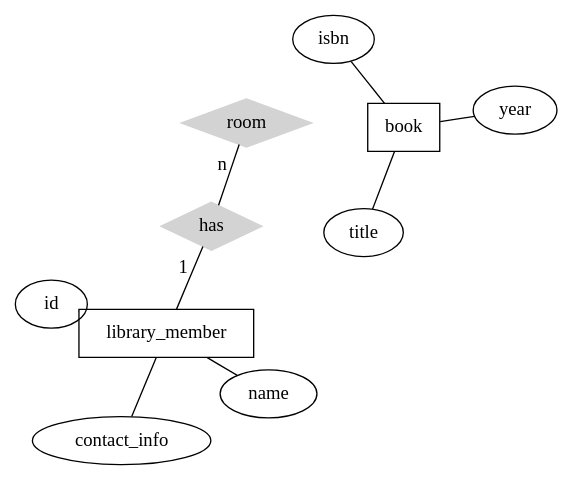
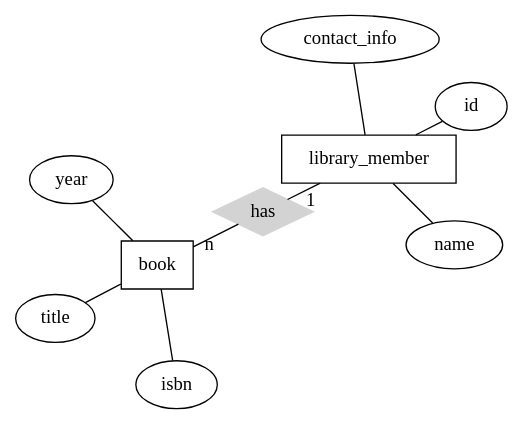
Before and after one commit to cmsc-vcu/cmsc508-fa2023-hw2-camslam13: the first of 2 diagrams in hw2/README.qmd, drawn with Graphviz. The commit also changed 1 other file, not shown here.

Commit message:
my first commit to this repo

````diff
--- a/hw2/README.qmd
+++ b/hw2/README.qmd
@@ -21,20 +21,20 @@
 ```{dot}
 //| echo: false
 graph ER {
     layout=neato;
   scale=1.1;
     node [shape=box]; book; library_member;
     node [shape=ellipse]; name, contact_info, id, year, title, isbn
     node [shape=diamond,style=filled,color=lightgrey]; has
     
     library_member -- has [label="1",len=1.00]
-    has -- room [label="n",len=1.00]
+    has -- book [label="n",len=1.00]
     
     library_member -- id
     library_member -- name
     library_member -- contact_info
     book -- year
     book -- title
     book -- isbn
 }
 ```
````
